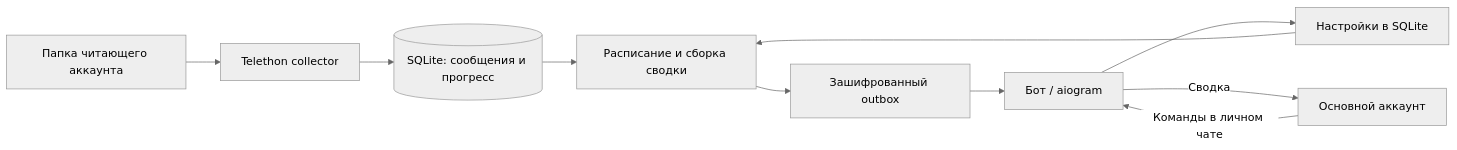
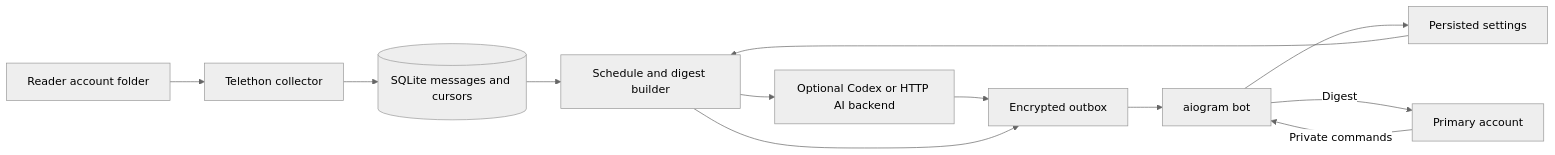
One commit to ufian/ufifeed changed the diagram in docs/architecture.md. Above: the diagram before and after it, drawn with Mermaid (neutral theme). The commit also changed other lines of this file and 31 other files, not shown here.

Commit message:
feat: add client digest language and authenticated Codex summaries

````diff
--- a/docs/architecture.md
+++ b/docs/architecture.md
@@ -5,12 +5,14 @@
 ```mermaid
 flowchart LR
-    F[Папка читающего аккаунта] --> R[Telethon collector]
-    R --> DB[(SQLite: сообщения и прогресс)]
-    U[Основной аккаунт] -->|Команды в личном чате| B[Бот / aiogram]
-    B --> S[Настройки в SQLite]
-    S --> D[Расписание и сборка сводки]
+    F[Reader account folder] --> R[Telethon collector]
+    R --> DB[(SQLite messages and cursors)]
+    U[Primary account] -->|Private commands| B[aiogram bot]
+    B --> S[Persisted settings]
+    S --> D[Schedule and digest builder]
     DB --> D
-    D --> O[Зашифрованный outbox]
+    D --> AI[Optional Codex or HTTP AI backend]
+    AI --> O[Encrypted outbox]
+    D --> O
     O --> B
-    B -->|Сводка| U
+    B -->|Digest| U
 ```
````
